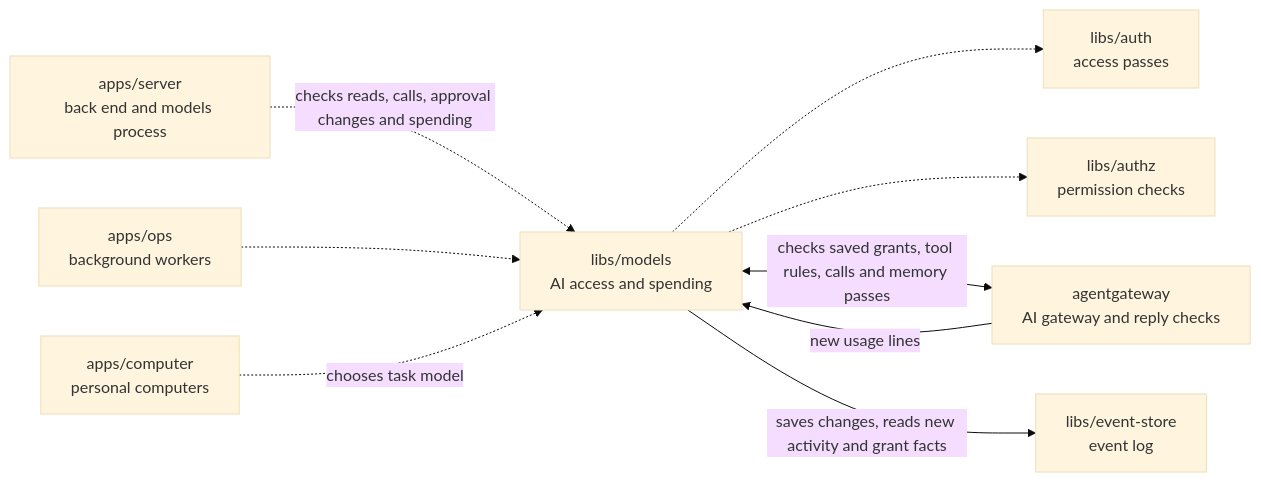
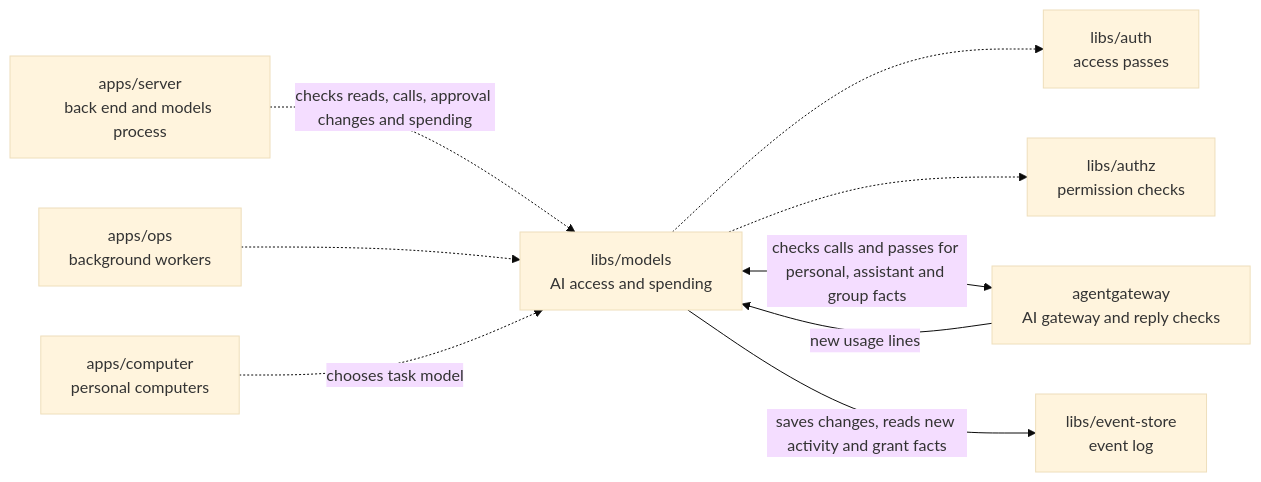
The diagram in libs/models/README.md (elewa-git/opencrane-new), drawn with Mermaid (base theme) before and after one commit. The commit also changed other lines of this file and 6 other files, not shown here.

Commit message:
🧠 Allow governed recall for assistant notes and group facts

````diff
--- a/libs/models/README.md
+++ b/libs/models/README.md
@@ -11,11 +11,11 @@
 ```mermaid
 flowchart LR
   server["apps/server<br/>back end and models process"] -.->|checks reads, calls, approval changes and spending| models["libs/models<br/>AI access and spending"]
   ops["apps/ops<br/>background workers"] -.-> models
   computer["apps/computer<br/>personal computers"] -.->|chooses task model| models
   models -.-> auth["libs/auth<br/>access passes"]
   models -.-> authz["libs/authz<br/>permission checks"]
-  models <-->|checks saved grants, tool rules, calls and memory passes| gateway["agentgateway<br/>AI gateway and reply checks"]
+  models <-->|checks calls and passes for personal, assistant and group facts| gateway["agentgateway<br/>AI gateway and reply checks"]
   gateway -->|new usage lines| models
   models -->|saves changes, reads new activity and grant facts| store["libs/event-store<br/>event log"]
 ```
````
